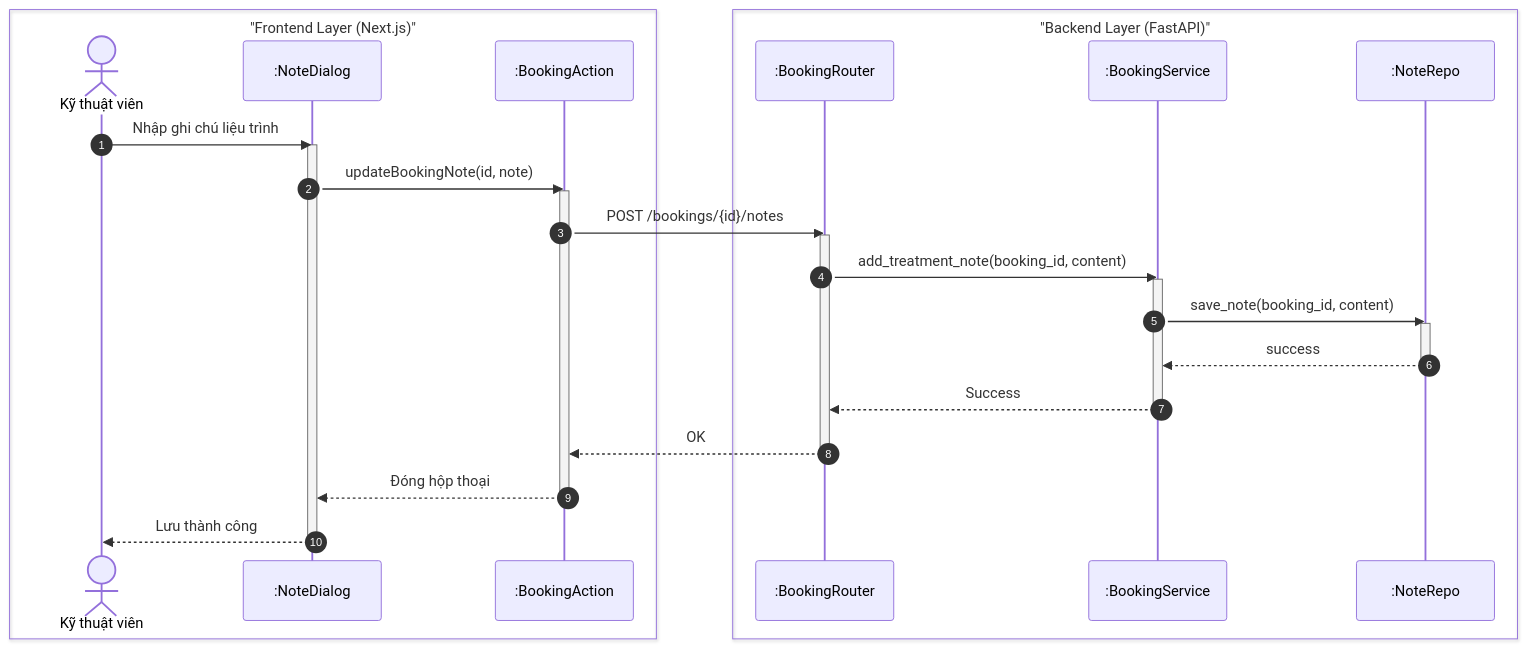
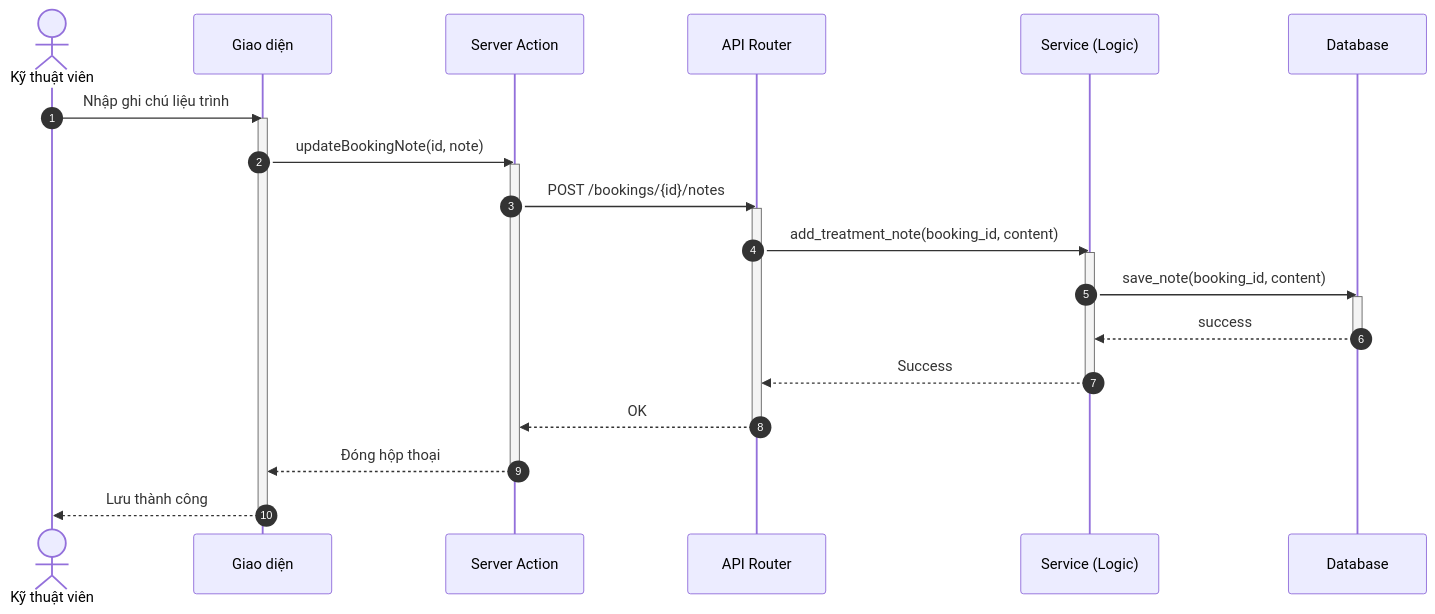
The second of 2 diagrams in docs/design/sequences/technician_flows.md (ngoctinn/Synapse), drawn with Mermaid before and after one commit. The commit also changed other lines of this file and 4 other files, not shown here.

Commit message:
docs: Add initial sequence diagrams for admin, authentication, customer, receptionist, and technician flows.

````diff
--- a/docs/design/sequences/technician_flows.md
+++ b/docs/design/sequences/technician_flows.md
@@ -75,43 +70,38 @@
 ```mermaid
 sequenceDiagram
     autonumber
-    box "Frontend Layer (Next.js)"
-        actor KTV as Kỹ thuật viên
-        participant UI as :NoteDialog
-        participant BFF as :BookingAction
-    end
-
-    box "Backend Layer (FastAPI)"
-        participant API as :BookingRouter
-        participant S as :BookingService
-        participant DB as :NoteRepo
-    end
+    actor KTV as Kỹ thuật viên
+    participant UI as Giao diện
+    participant BFF as Server Action
+    participant API as API Router
+    participant S as Service (Logic)
+    participant DB as Database
 
     KTV->>UI: Nhập ghi chú liệu trình
     activate UI
     UI->>BFF: updateBookingNote(id, note)
     activate BFF
 
     BFF->>API: POST /bookings/{id}/notes
     activate API
 
     API->>S: add_treatment_note(booking_id, content)
     activate S
 
     S->>DB: save_note(booking_id, content)
     activate DB
     DB-->>S: success
     deactivate DB
 
     S-->>API: Success
     deactivate S
 
     API-->>BFF: OK
     deactivate API
 
     BFF-->>UI: Đóng hộp thoại
     deactivate BFF
 
     UI-->>KTV: Lưu thành công
     deactivate UI
 ```
````
